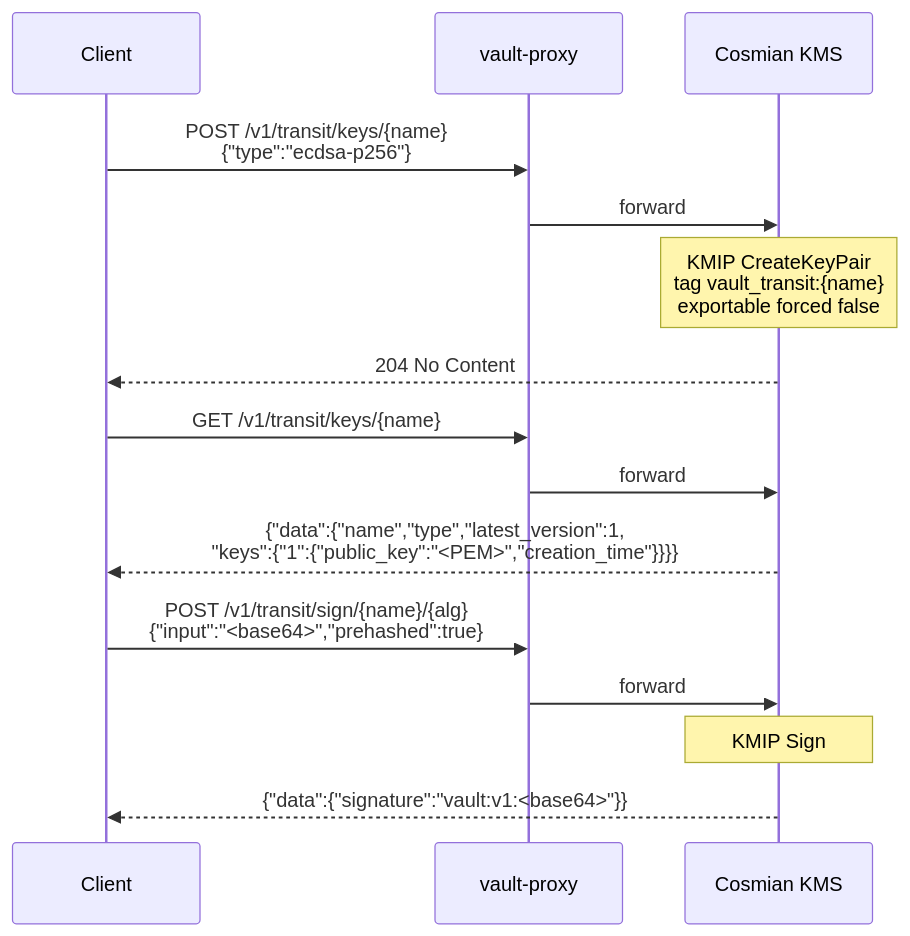
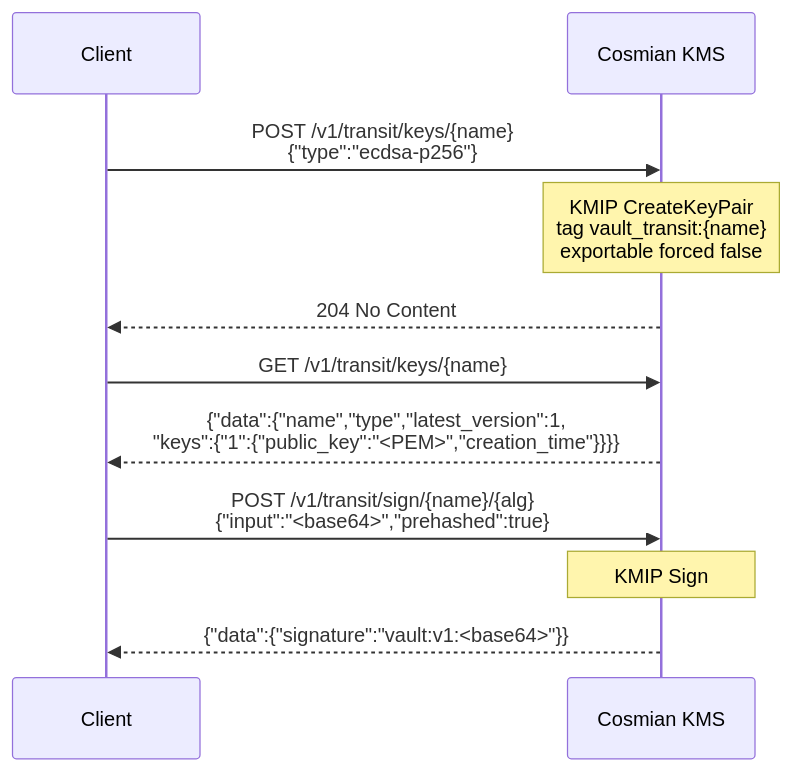
Before and after one commit to Cosmian/kms: the fifth of 7 diagrams in documentation/docs/integrations/spire_spiffe.md, drawn with Mermaid. The commit also changed other lines of this file and 13 other files, not shown here.

First line of the commit message:
refactor: rename vault→spire modules, strip /v1 in auth proxy

````diff
--- a/documentation/docs/integrations/spire_spiffe.md
+++ b/documentation/docs/integrations/spire_spiffe.md
@@ -200,18 +198,14 @@
 ```mermaid
 sequenceDiagram
     participant Client
-    participant Proxy as vault-proxy
     participant KMS as Cosmian KMS
 
-    Client->>Proxy: POST /v1/transit/keys/{name}<br/>{"type":"ecdsa-p256"}
-    Proxy->>KMS: forward
+    Client->>KMS: POST /v1/transit/keys/{name}<br/>{"type":"ecdsa-p256"}
     Note over KMS: KMIP CreateKeyPair<br/>tag vault_transit:{name}<br/>exportable forced false
     KMS-->>Client: 204 No Content
-    Client->>Proxy: GET /v1/transit/keys/{name}
-    Proxy->>KMS: forward
+    Client->>KMS: GET /v1/transit/keys/{name}
     KMS-->>Client: {"data":{"name","type","latest_version":1,<br/>"keys":{"1":{"public_key":"<PEM>","creation_time"}}}}
-    Client->>Proxy: POST /v1/transit/sign/{name}/{alg}<br/>{"input":"<base64>","prehashed":true}
-    Proxy->>KMS: forward
+    Client->>KMS: POST /v1/transit/sign/{name}/{alg}<br/>{"input":"<base64>","prehashed":true}
     Note over KMS: KMIP Sign
     KMS-->>Client: {"data":{"signature":"vault:v1:<base64>"}}
 ```
````
